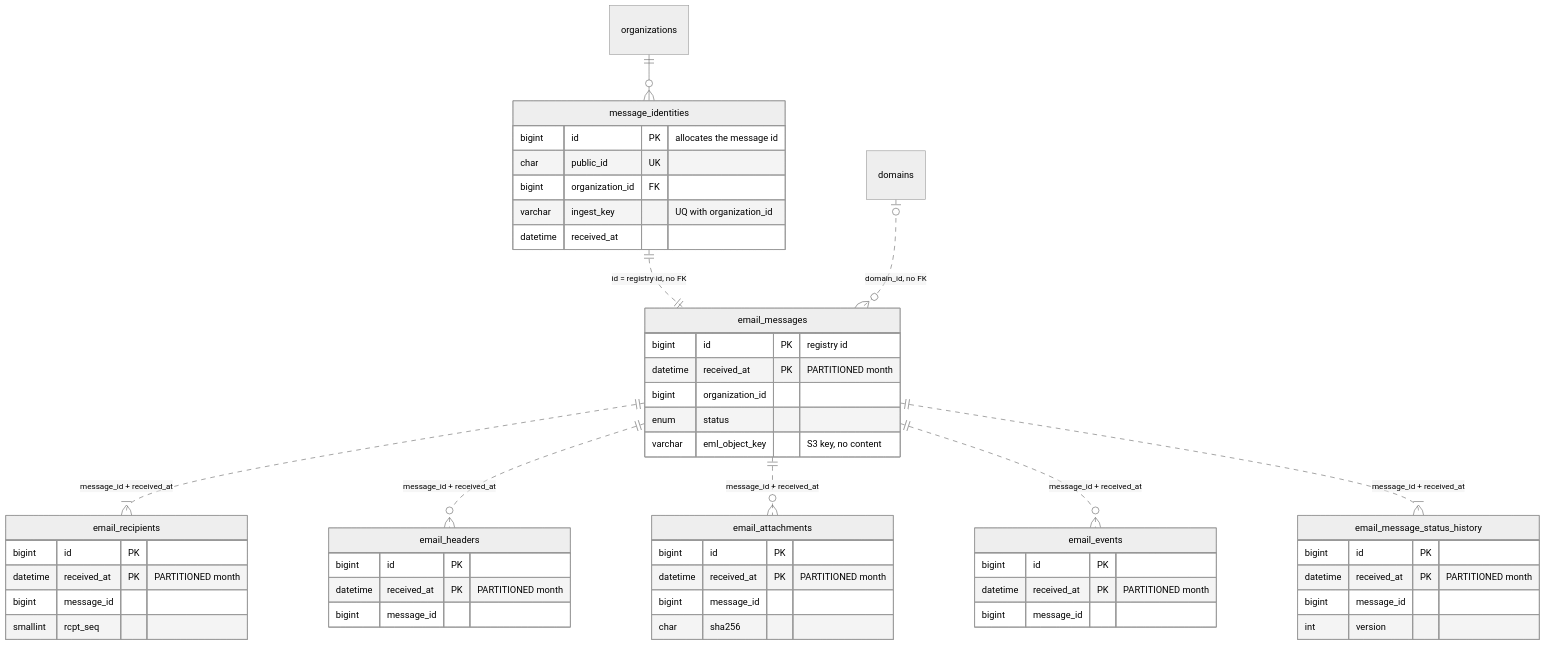
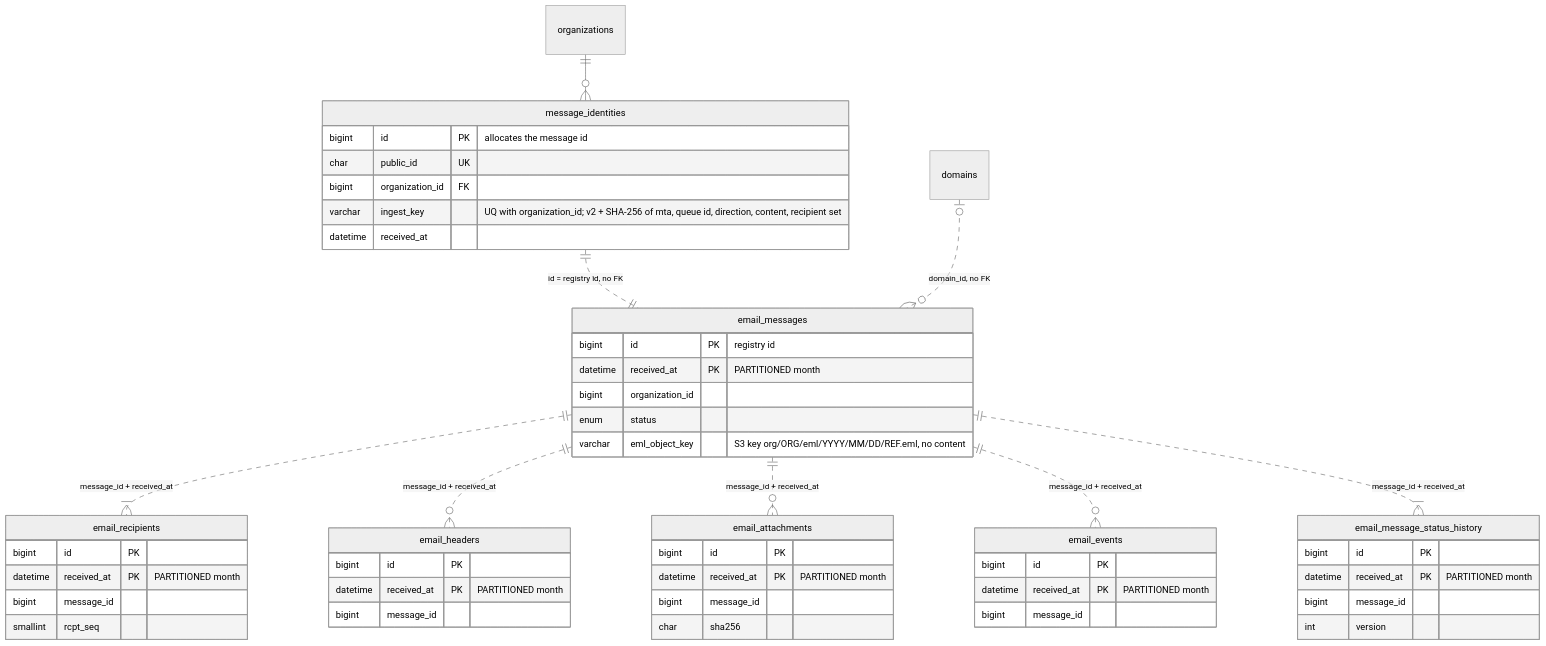
One commit to mnnitsarvesh-ai/email-gateway changed the fifth of 11 diagrams in docs/database/er-diagram.md. Above: the diagram before and after it, drawn with Mermaid (neutral theme). The commit also changed other lines of this file and 282 other files, not shown here.

````diff
--- a/docs/database/er-diagram.md
+++ b/docs/database/er-diagram.md
@@ -268,53 +304,53 @@
 ```mermaid
 erDiagram
   organizations ||--o{ message_identities : ""
   message_identities ||..|| email_messages : "id = registry id, no FK"
   domains |o..o{ email_messages : "domain_id, no FK"
   email_messages ||..|{ email_recipients : "message_id + received_at"
   email_messages ||..o{ email_headers : "message_id + received_at"
   email_messages ||..o{ email_attachments : "message_id + received_at"
   email_messages ||..o{ email_events : "message_id + received_at"
   email_messages ||..|{ email_message_status_history : "message_id + received_at"
   message_identities {
     bigint id PK "allocates the message id"
     char public_id UK
     bigint organization_id FK
-    varchar ingest_key "UQ with organization_id"
+    varchar ingest_key "UQ with organization_id; v2 + SHA-256 of mta, queue id, direction, content, recipient set"
     datetime received_at
   }
   email_messages {
     bigint id PK "registry id"
     datetime received_at PK "PARTITIONED month"
     bigint organization_id
     enum status
-    varchar eml_object_key "S3 key, no content"
+    varchar eml_object_key "S3 key org/ORG/eml/YYYY/MM/DD/REF.eml, no content"
   }
   email_recipients {
     bigint id PK
     datetime received_at PK "PARTITIONED month"
     bigint message_id
     smallint rcpt_seq
   }
   email_headers {
     bigint id PK
     datetime received_at PK "PARTITIONED month"
     bigint message_id
   }
   email_attachments {
     bigint id PK
     datetime received_at PK "PARTITIONED month"
     bigint message_id
     char sha256
   }
   email_events {
     bigint id PK
     datetime received_at PK "PARTITIONED month"
     bigint message_id
   }
   email_message_status_history {
     bigint id PK
     datetime received_at PK "PARTITIONED month"
     bigint message_id
     int version
   }
 ```
````
